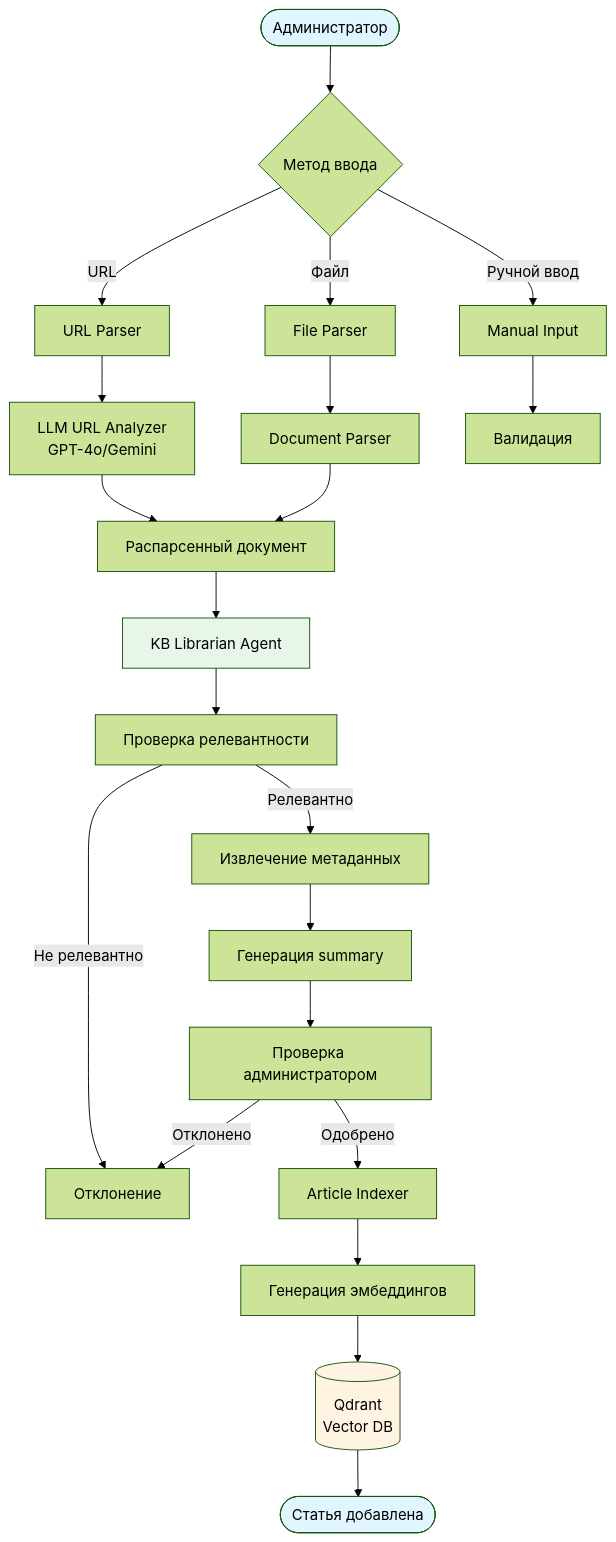
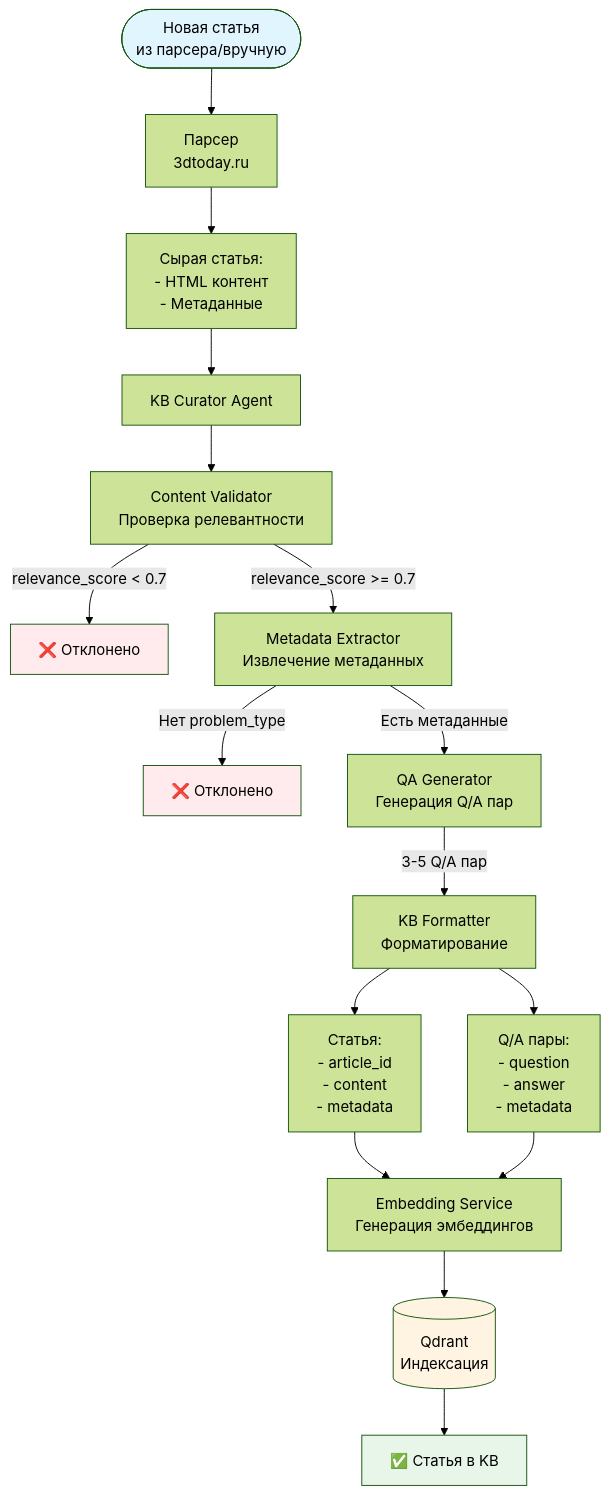
The third of 3 diagrams in docs/ARCHITECTURE.md (kobyzev-yuri/3dtoday), drawn with Mermaid (forest theme) before and after one commit. The commit also changed other lines of this file and 11 other files, not shown here.

First line of the commit message:
feat: Добавлена полная документация API и улучшена генерация ответов

````diff
--- a/docs/ARCHITECTURE.md
+++ b/docs/ARCHITECTURE.md
@@ -57,37 +128,34 @@
 ```mermaid
 flowchart TD
-    Start([Администратор]) --> InputMethod{Метод ввода}
+    Start([Новая статья<br/>из парсера/вручную]) --> Parser[Парсер<br/>3dtoday.ru]
     
-    InputMethod -->|URL| URLParser[URL Parser]
-    InputMethod -->|Файл| FileParser[File Parser]
-    InputMethod -->|Ручной ввод| ManualInput[Manual Input]
+    Parser --> RawArticle[Сырая статья:<br/>- HTML контент<br/>- Метаданные]
     
-    URLParser --> LLMAnalyzer[LLM URL Analyzer<br/>GPT-4o/Gemini]
-    FileParser --> DocumentParser[Document Parser]
-    ManualInput --> Validation[Валидация]
+    RawArticle --> CuratorAgent[KB Curator Agent]
     
-    LLMAnalyzer --> ParsedDoc[Распарсенный документ]
-    DocumentParser --> ParsedDoc
+    CuratorAgent --> ContentValidator[Content Validator<br/>Проверка релевантности]
     
-    ParsedDoc --> LibrarianAgent[KB Librarian Agent]
+    ContentValidator -->|relevance_score < 0.7| Reject1[❌ Отклонено]
+    ContentValidator -->|relevance_score >= 0.7| MetadataExtractor[Metadata Extractor<br/>Извлечение метаданных]
     
-    LibrarianAgent --> RelevanceCheck[Проверка релевантности]
-    RelevanceCheck -->|Релевантно| MetadataExtraction[Извлечение метаданных]
-    RelevanceCheck -->|Не релевантно| Reject[Отклонение]
+    MetadataExtractor -->|Нет problem_type| Reject2[❌ Отклонено]
+    MetadataExtractor -->|Есть метаданные| QAGenerator[QA Generator<br/>Генерация Q/A пар]
     
-    MetadataExtraction --> Summary[Генерация summary]
-    Summary --> AdminReview[Проверка администратором]
+    QAGenerator -->|3-5 Q/A пар| KBFormatter[KB Formatter<br/>Форматирование]
     
-    AdminReview -->|Одобрено| Indexer[Article Indexer]
-    AdminReview -->|Отклонено| Reject
+    KBFormatter --> ArticleData[Статья:<br/>- article_id<br/>- content<br/>- metadata]
+    KBFormatter --> QAData[Q/A пары:<br/>- question<br/>- answer<br/>- metadata]
     
-    Indexer --> EmbeddingGen[Генерация эмбеддингов]
-    EmbeddingGen --> VectorDB[(Qdrant<br/>Vector DB)]
+    ArticleData --> EmbeddingService[Embedding Service<br/>Генерация эмбеддингов]
+    QAData --> EmbeddingService
     
-    VectorDB --> Success([Статья добавлена])
+    EmbeddingService --> VectorDB[(Qdrant<br/>Индексация)]
+    
+    VectorDB --> Success[✅ Статья в KB]
     
     style Start fill:#e1f5ff
-    style Success fill:#e1f5ff
+    style Success fill:#e8f5e9
+    style Reject1 fill:#ffebee
+    style Reject2 fill:#ffebee
     style VectorDB fill:#fff4e1
-    style LibrarianAgent fill:#e8f5e9
 ```
````
